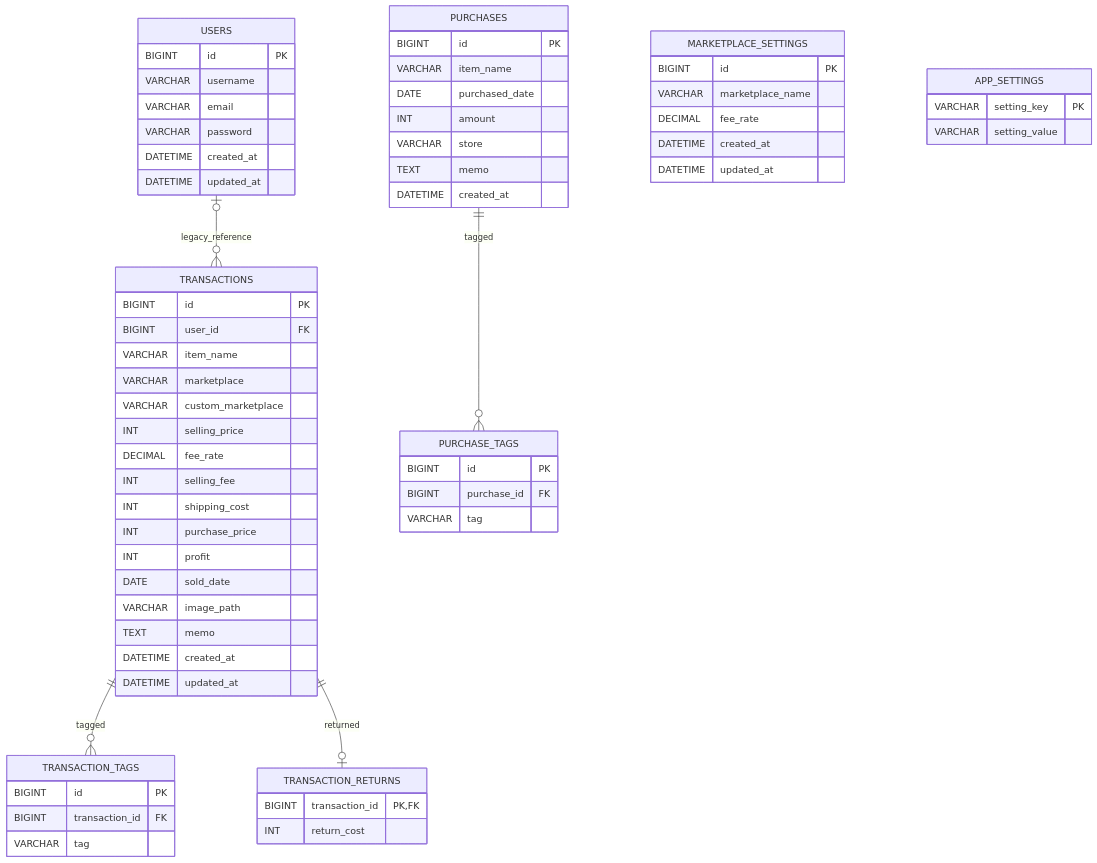
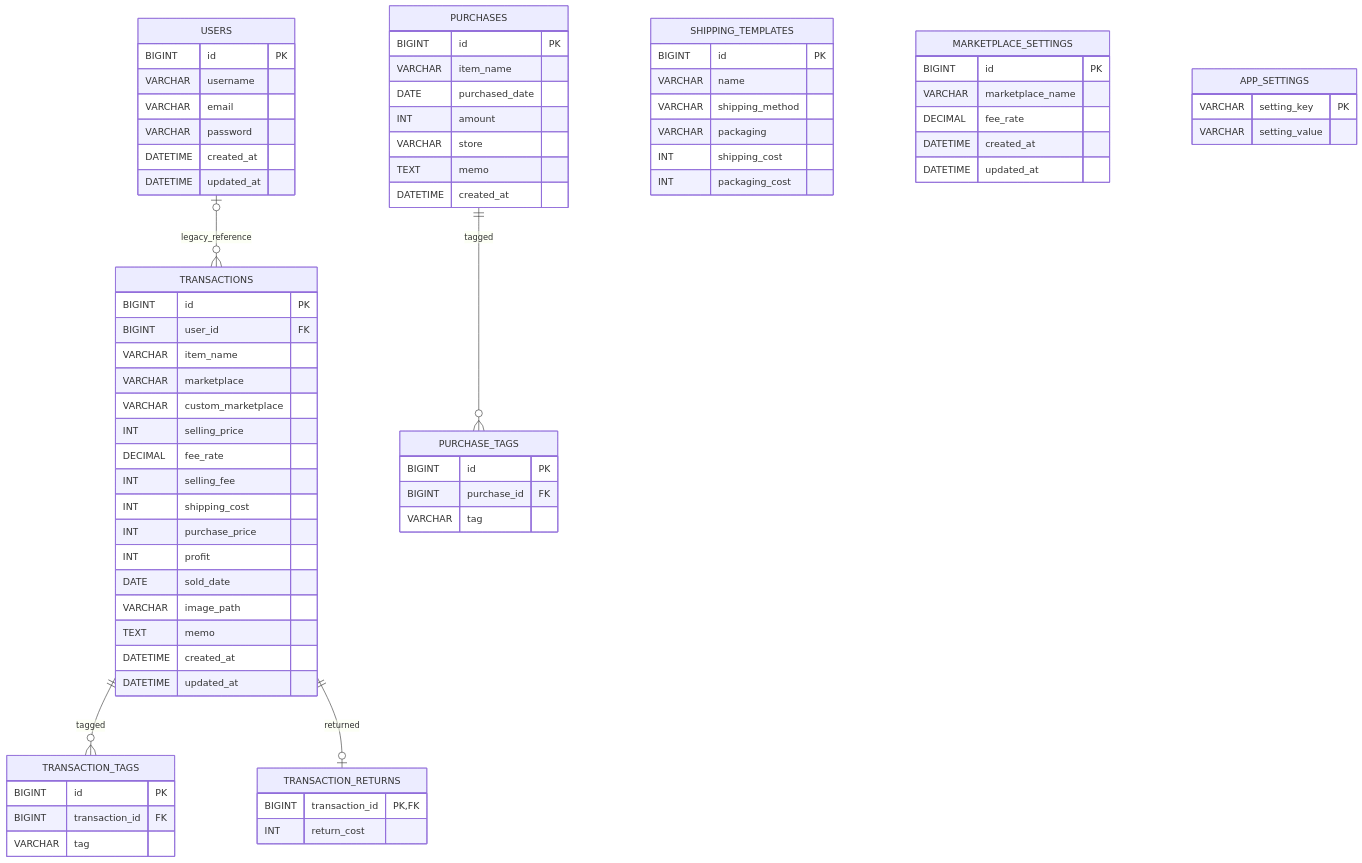
Before and after one commit to YutaK1014/Web: the diagram in 03_er_design.md, drawn with Mermaid. The commit also changed other lines of this file and 5 other files, not shown here.

```diff
--- a/03_er_design.md
+++ b/03_er_design.md
@@ -12,6 +12,15 @@
     TRANSACTIONS ||--o{ TRANSACTION_TAGS : tagged
     TRANSACTIONS ||--o| TRANSACTION_RETURNS : returned
     PURCHASES ||--o{ PURCHASE_TAGS : tagged
+
+    SHIPPING_TEMPLATES {
+        BIGINT id PK
+        VARCHAR name
+        VARCHAR shipping_method
+        VARCHAR packaging
+        INT shipping_cost
+        INT packaging_cost
+    }
 
     TRANSACTION_RETURNS {
         BIGINT transaction_id PK,FK
```
